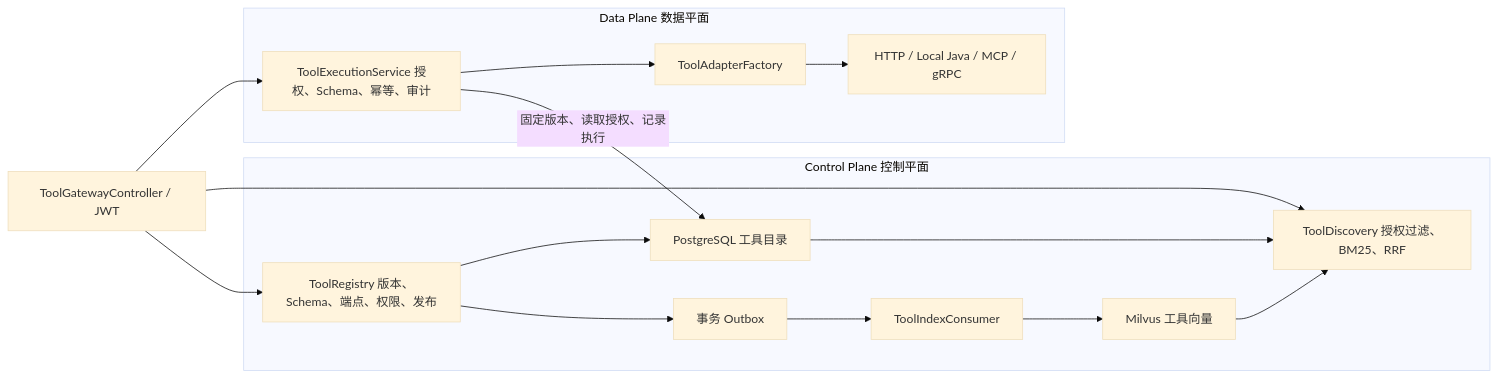
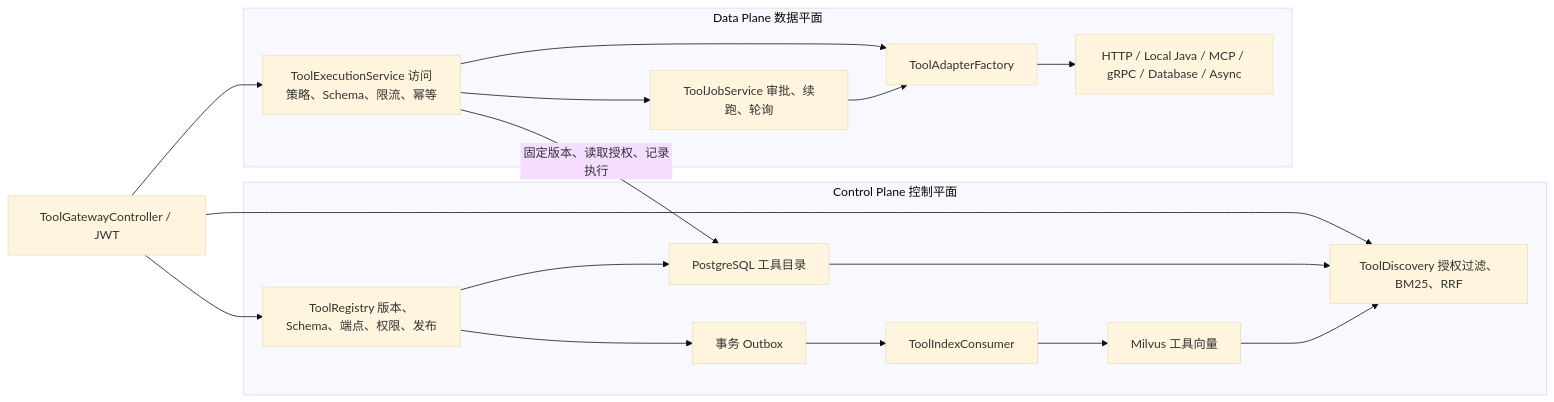
The first of 3 diagrams in docs/implementation/tool-gateway.md (1625753348/mySuperClaw), drawn with Mermaid (base theme) before and after one commit. The commit also changed other lines of this file and 35 other files, not shown here.

````diff
--- a/docs/implementation/tool-gateway.md
+++ b/docs/implementation/tool-gateway.md
@@ -5,19 +5,21 @@
 ```mermaid
 flowchart LR
     C["ToolGatewayController / JWT"] --> R
     C --> D
     C --> E
     subgraph CP["Control Plane 控制平面"]
         R["ToolRegistry 版本、Schema、端点、权限、发布"] --> P["PostgreSQL 工具目录"]
         R --> O["事务 Outbox"]
         O --> I["ToolIndexConsumer"]
         I --> V["Milvus 工具向量"]
         P --> D["ToolDiscovery 授权过滤、BM25、RRF"]
         V --> D
     end
     subgraph DP["Data Plane 数据平面"]
-        E["ToolExecutionService 授权、Schema、幂等、审计"] --> A["ToolAdapterFactory"]
-        A --> H["HTTP / Local Java / MCP / gRPC"]
+        E["ToolExecutionService 访问策略、Schema、限流、幂等"] --> A["ToolAdapterFactory"]
+        E --> J["ToolJobService 审批、续跑、轮询"]
+        J --> A
+        A --> H["HTTP / Local Java / MCP / gRPC / Database / Async"]
     end
     E -->|"固定版本、读取授权、记录执行"| P
 ```
````
